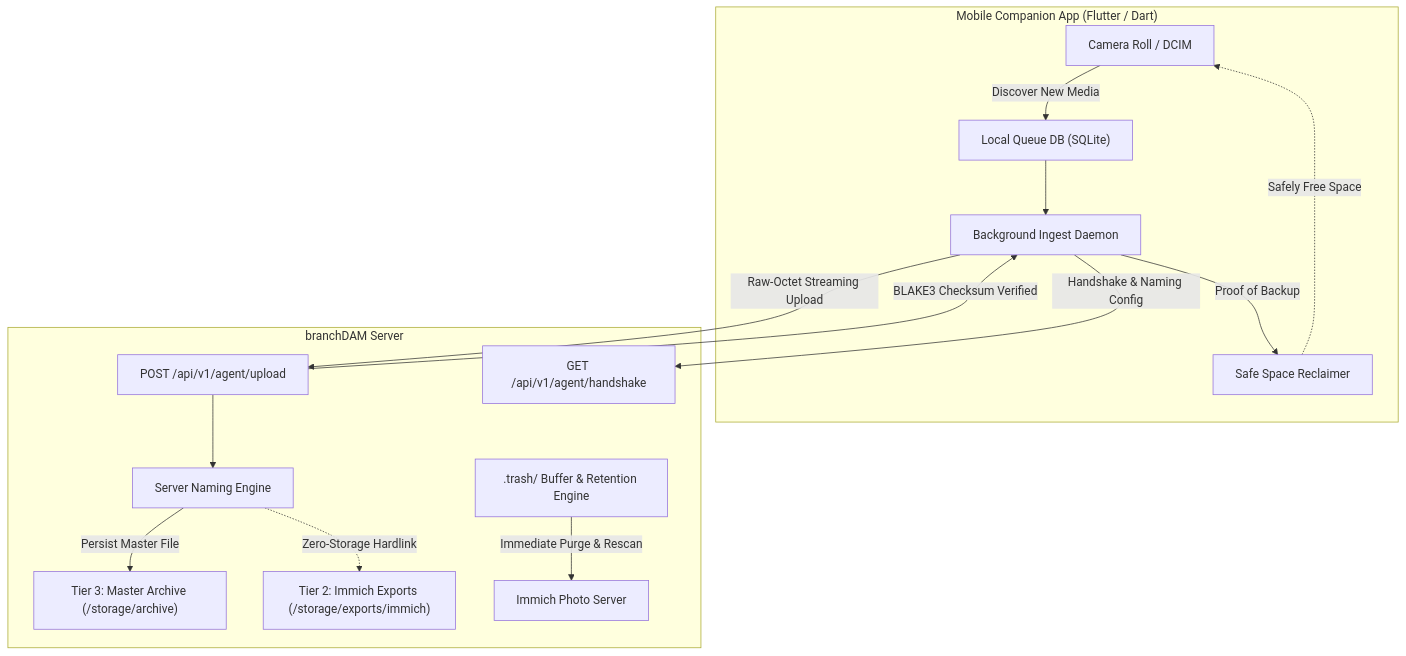
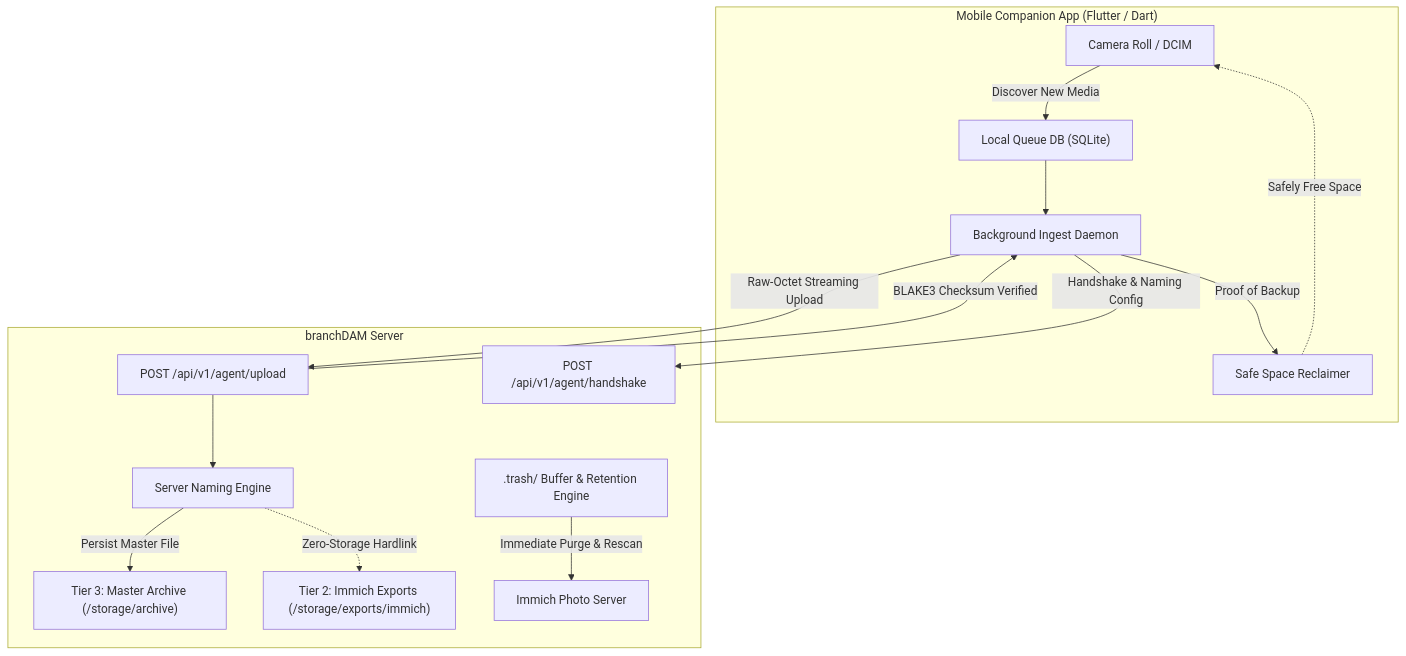
The diagram in docs/mobile.md (s3ntin3l8/branchdam), drawn with Mermaid before and after one commit. The commit also changed other lines of this file and 6 other files, not shown here.

First line of the commit message:
docs: reconcile schema ledger, endpoints, and broken cross-references (#433)

````diff
--- a/docs/mobile.md
+++ b/docs/mobile.md
@@ -9,31 +9,31 @@
 ```mermaid
 graph TD
     subgraph MobileDevice["Mobile Companion App (Flutter / Dart)"]
         CameraRoll["Camera Roll / DCIM"]
         QueueDB["Local Queue DB (SQLite)"]
         Daemon["Background Ingest Daemon"]
         ReclaimEngine["Safe Space Reclaimer"]
     end
 
     subgraph Server["branchDAM Server"]
         UploadAPI["POST /api/v1/agent/upload"]
-        HandshakeAPI["GET /api/v1/agent/handshake"]
+        HandshakeAPI["POST /api/v1/agent/handshake"]
         NamingEngine["Server Naming Engine"]
         MasterArchive["Tier 3: Master Archive (/storage/archive)"]
         ImmichExports["Tier 2: Immich Exports (/storage/exports/immich)"]
         TrashBuffer[".trash/ Buffer & Retention Engine"]
         Immich["Immich Photo Server"]
     end
 
     CameraRoll -->|Discover New Media| QueueDB
     QueueDB --> Daemon
     Daemon -->|Handshake & Naming Config| HandshakeAPI
     Daemon -->|Raw-Octet Streaming Upload| UploadAPI
     UploadAPI --> NamingEngine
     NamingEngine -->|Persist Master File| MasterArchive
     NamingEngine -.->|Zero-Storage Hardlink| ImmichExports
     UploadAPI -->|BLAKE3 Checksum Verified| Daemon
     Daemon -->|Proof of Backup| ReclaimEngine
     ReclaimEngine -.->|Safely Free Space| CameraRoll
     TrashBuffer -->|Immediate Purge & Rescan| Immich
 ```
````
